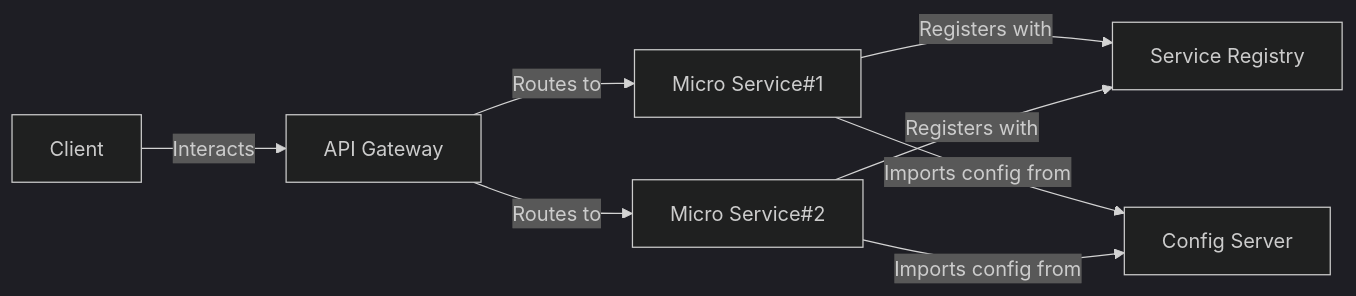
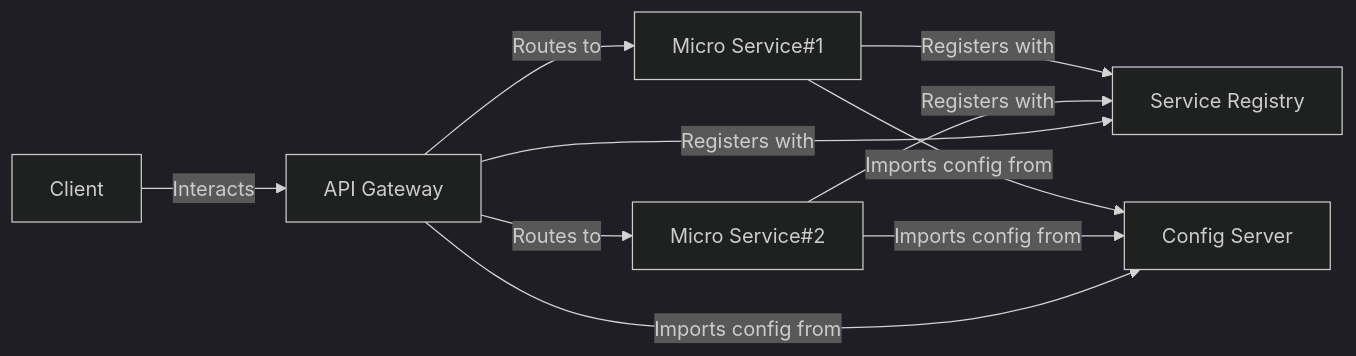
Before and after one commit to KalGookSoo/springboot-msa: the diagram in README.md, drawn with Mermaid (dark theme).

Commit message:
docs: README.md 수정 아키텍처 구성도 수정

````diff
--- a/README.md
+++ b/README.md
@@ -29,10 +29,12 @@
 ```mermaid
 graph LR
     A[Client] -->|Interacts| B[API Gateway]
     B -->|Routes to| D[Micro Service#1]
     B -->|Routes to| E[Micro Service#2]
     D -->|Registers with| C[Service Registry]
     E -->|Registers with| C
+    B -->|Registers with| C
     D -->|Imports config from| F[Config Server]
     E -->|Imports config from| F
+    B -->|Imports config from| F
 ```
````
